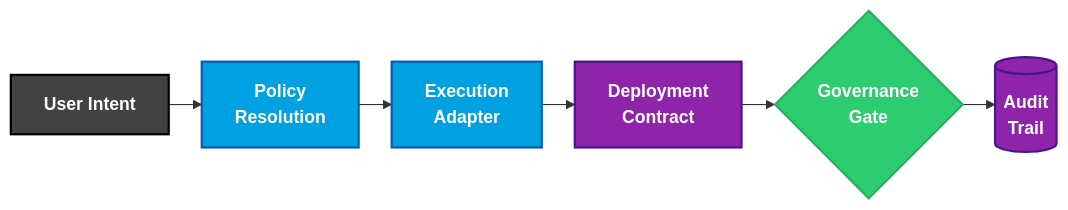
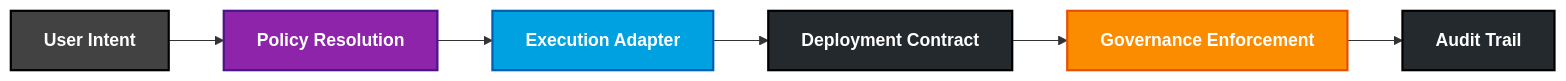
Before and after one commit to rdbumstead/resume-as-code: the first of 2 diagrams in markdown/RyanBumstead_Resume_Comprehensive.md, drawn with Mermaid. The commit also changed other lines of this file and 3 other files, not shown here.

````diff
--- a/markdown/RyanBumstead_Resume_Comprehensive.md
+++ b/markdown/RyanBumstead_Resume_Comprehensive.md
@@ -44,22 +48,31 @@
 ```mermaid
 flowchart LR
-    %%{init: {'flowchart': {'nodeSpacing': 30, 'rankSpacing': 30}}}%%
-    %% CLASSES
-    classDef input fill:#424242,stroke:#000000,stroke-width:2px,color:#ffffff,font-weight:bold;
-    classDef logic fill:#00A1E0,stroke:#005FB2,stroke-width:2px,color:#ffffff,font-weight:bold;
-    classDef artifact fill:#8E24AA,stroke:#4A148C,stroke-width:2px,color:#ffffff,font-weight:bold;
-    classDef gate fill:#2ECC71,stroke:#27AE60,stroke-width:2px,color:#ffffff,font-weight:bold;
-    %% NODES
-    Intent[User Intent]:::input
-    Policy[Policy<br/>Resolution]:::logic
-    Adapter[Execution<br/>Adapter]:::logic
-    Contract[Deployment<br/>Contract]:::artifact
-    Enforce{Governance<br/>Gate}:::gate
-    Audit[(Audit<br/>Trail)]:::artifact
-    %% FLOW
-    Intent --> Policy
-    Policy --> Adapter
-    Adapter --> Contract
-    Contract --> Enforce
-    Enforce --> Audit
+    %% ========= STANDARD STYLES =========
+    classDef actor fill:#424242,stroke:#000000,stroke-width:2px,color:#ffffff,font-weight:bold;
+    classDef policy fill:#8E24AA,stroke:#4A148C,stroke-width:2px,color:#ffffff,font-weight:bold;
+    classDef action fill:#00A1E0,stroke:#005FB2,stroke-width:2px,color:#ffffff,font-weight:bold;
+    classDef gate fill:#FB8C00,stroke:#E65100,stroke-width:2px,color:#ffffff,font-weight:bold;
+    classDef record fill:#24292E,stroke:#000000,stroke-width:2px,color:#ffffff,font-weight:bold;
+
+    %% ========= NODES =========
+    Intent[User Intent]
+    Policy[Policy Resolution]
+    Adapter[Execution Adapter]
+    Contract[Deployment Contract]
+    Enforce[Governance Enforcement]
+    Audit[Audit Trail]
+
+    %% ========= FLOWS =========
+    Intent --> Policy
+    Policy --> Adapter
+    Adapter --> Contract
+    Contract --> Enforce
+    Enforce --> Audit
+
+    %% ========= APPLY STYLES =========
+    class Intent actor;
+    class Policy policy;
+    class Adapter action;
+    class Enforce gate;
+    class Contract,Audit record;
 ```
````
